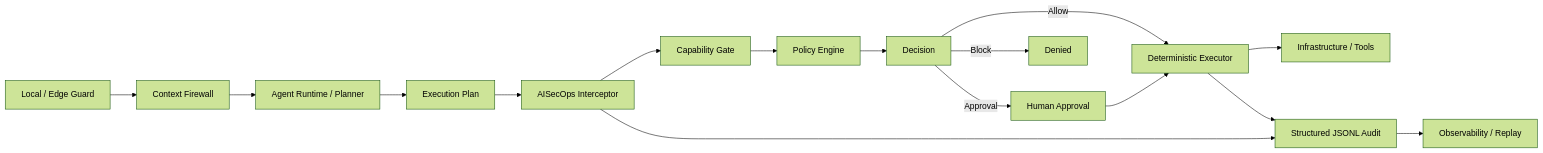
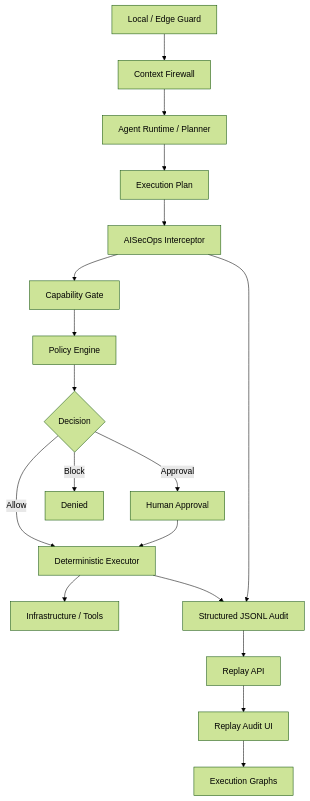
Before and after one commit to viplavfauzdar/aisecops-site: the third of 7 diagrams in src/content/whitepapers/aisecops-v0.1.md, drawn with Mermaid (forest theme). The commit also changed other lines of this file and 13 other files, not shown here.

````diff
--- a/src/content/whitepapers/aisecops-v0.1.md
+++ b/src/content/whitepapers/aisecops-v0.1.md
@@ -389,18 +439,37 @@
 ```mermaid
-flowchart LR
-  LOCAL[Local / Edge Guard] --> CF[Context Firewall]
-  CF --> AR[Agent Runtime / Planner]
-  AR --> PLAN[Execution Plan]
-  PLAN --> INT[AISecOps Interceptor]
-  INT --> CAP[Capability Gate]
-  CAP --> PE[Policy Engine]
-  PE --> DEC[Decision]
-  DEC -->|Allow| EXE[Deterministic Executor]
-  DEC -->|Block| DENY[Denied]
-  DEC -->|Approval| HITL[Human Approval]
+flowchart TB
+  LOCAL[Local / Edge Guard]
+  CF[Context Firewall]
+  AR[Agent Runtime / Planner]
+  PLAN[Execution Plan]
+  INT[AISecOps Interceptor]
+  CAP[Capability Gate]
+  PE[Policy Engine]
+  DEC{Decision}
+  EXE[Deterministic Executor]
+  DENY[Denied]
+  HITL[Human Approval]
+  INF[Infrastructure / Tools]
+  AUDIT[Structured JSONL Audit]
+  REPLAY[Replay API]
+  UI[Replay Audit UI]
+  GRAPH[Execution Graphs]
+
+  LOCAL --> CF
+  CF --> AR
+  AR --> PLAN
+  PLAN --> INT
+  INT --> CAP
+  CAP --> PE
+  PE --> DEC
+  DEC -->|Allow| EXE
+  DEC -->|Block| DENY
+  DEC -->|Approval| HITL
   HITL --> EXE
-  EXE --> INF[Infrastructure / Tools]
-  INT --> AUDIT[Structured JSONL Audit]
+  EXE --> INF
+  INT --> AUDIT
   EXE --> AUDIT
-  AUDIT --> OBS[Observability / Replay]
+  AUDIT --> REPLAY
+  REPLAY --> UI
+  UI --> GRAPH
 ```
````
